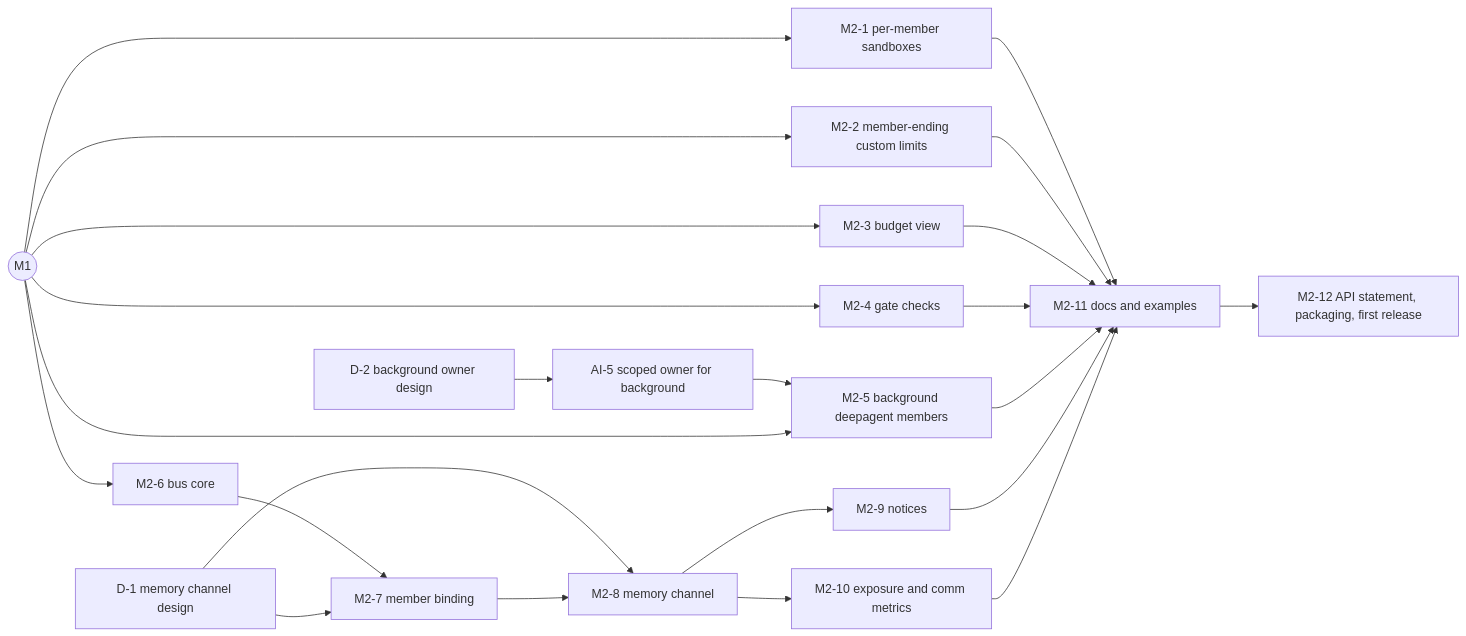
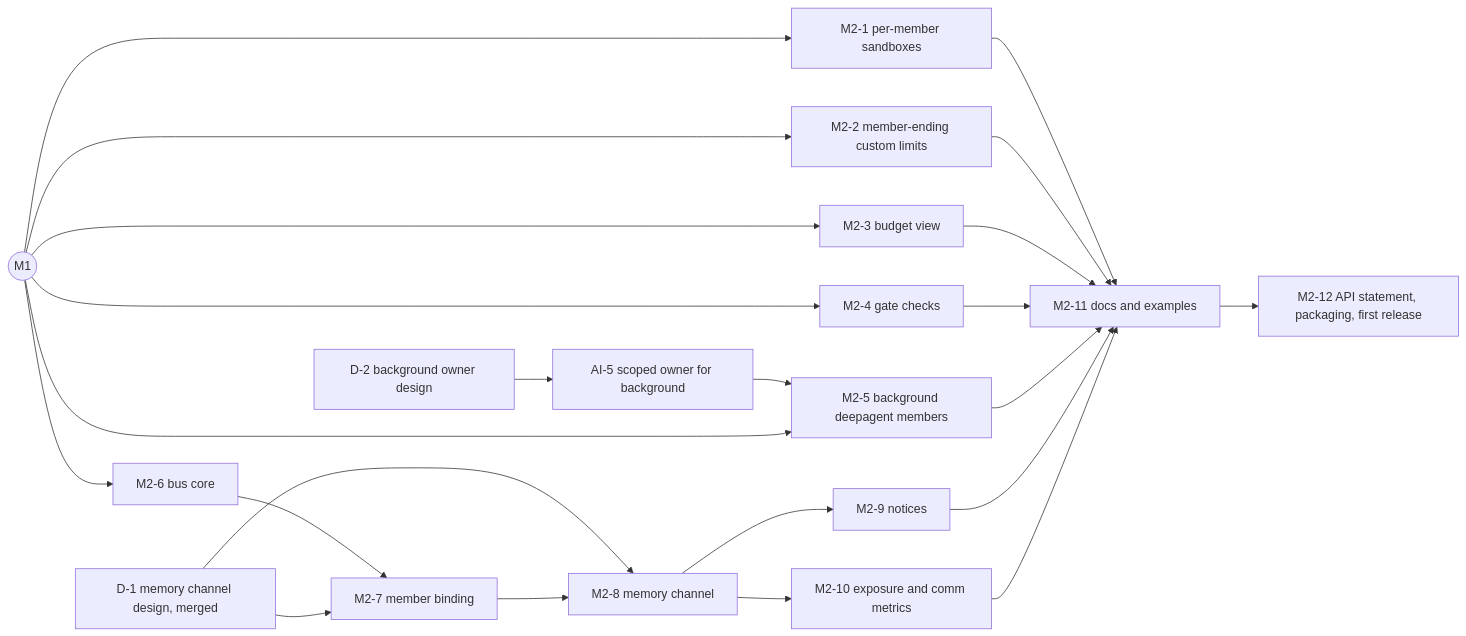
Before and after one commit to meridianlabs-ai/inspect_swarm: the second of 2 diagrams in design/swarm-implementation-plan.md, drawn with Mermaid. The commit also changed other lines of this file and 6 other files, not shown here.

First line of the commit message:
docs: apply the shared-memory channel's follow-ups to the other designs

````diff
--- a/design/swarm-implementation-plan.md
+++ b/design/swarm-implementation-plan.md
@@ -268,19 +268,19 @@
 ```mermaid
 flowchart LR
   M1((M1)) --> M2_1[M2-1 per-member sandboxes]
   M1 --> M2_2[M2-2 member-ending custom limits]
   M1 --> M2_3[M2-3 budget view]
   M1 --> M2_4[M2-4 gate checks]
   D2[D-2 background owner design] --> AI5[AI-5 scoped owner for background]
   AI5 --> M2_5[M2-5 background deepagent members]
   M1 --> M2_5
   M1 --> M2_6[M2-6 bus core]
   M2_6 --> M2_7[M2-7 member binding]
-  D1[D-1 memory channel design] --> M2_7
+  D1[D-1 memory channel design, merged] --> M2_7
   D1 --> M2_8
   M2_7 --> M2_8[M2-8 memory channel]
   M2_8 --> M2_9[M2-9 notices]
   M2_8 --> M2_10[M2-10 exposure and comm metrics]
   M2_1 & M2_2 & M2_3 & M2_4 & M2_5 & M2_9 & M2_10 --> M2_11[M2-11 docs and examples]
   M2_11 --> M2_12[M2-12 API statement, packaging, first release]
 ```
````
